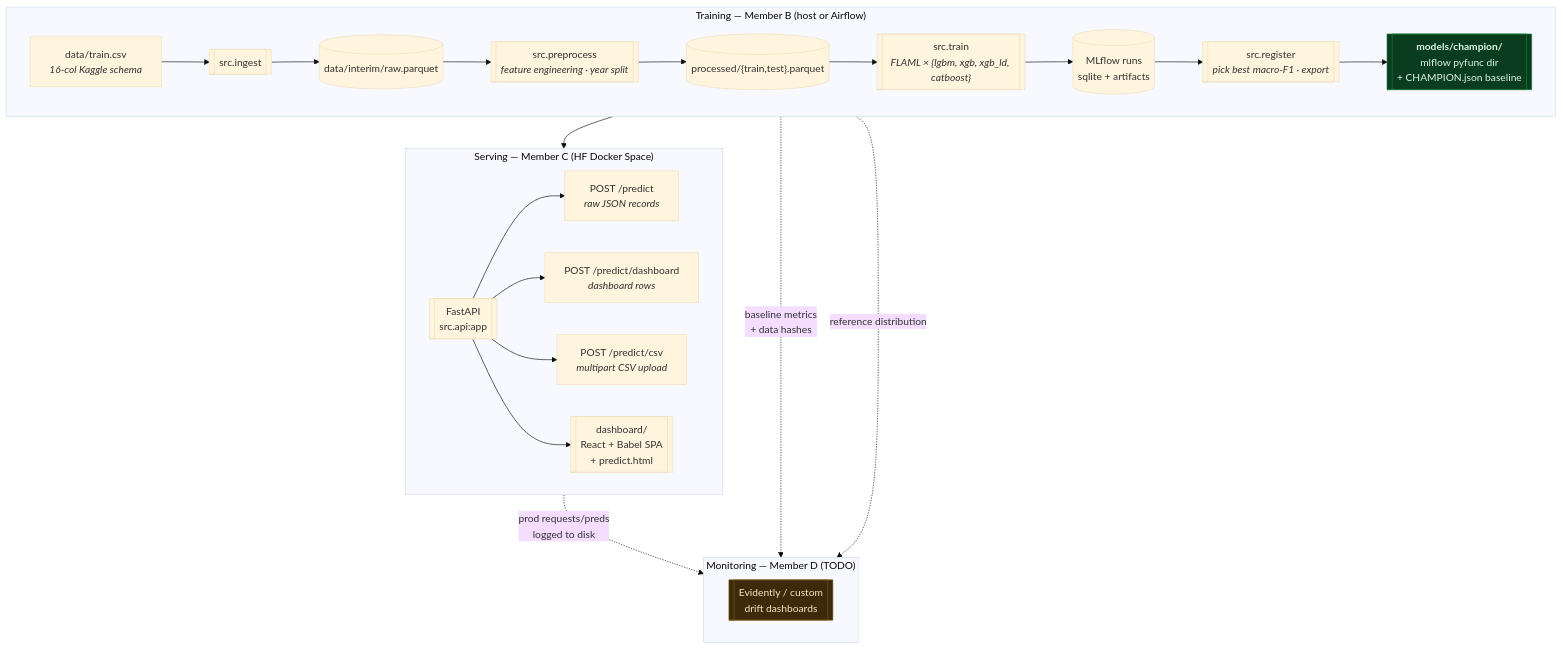
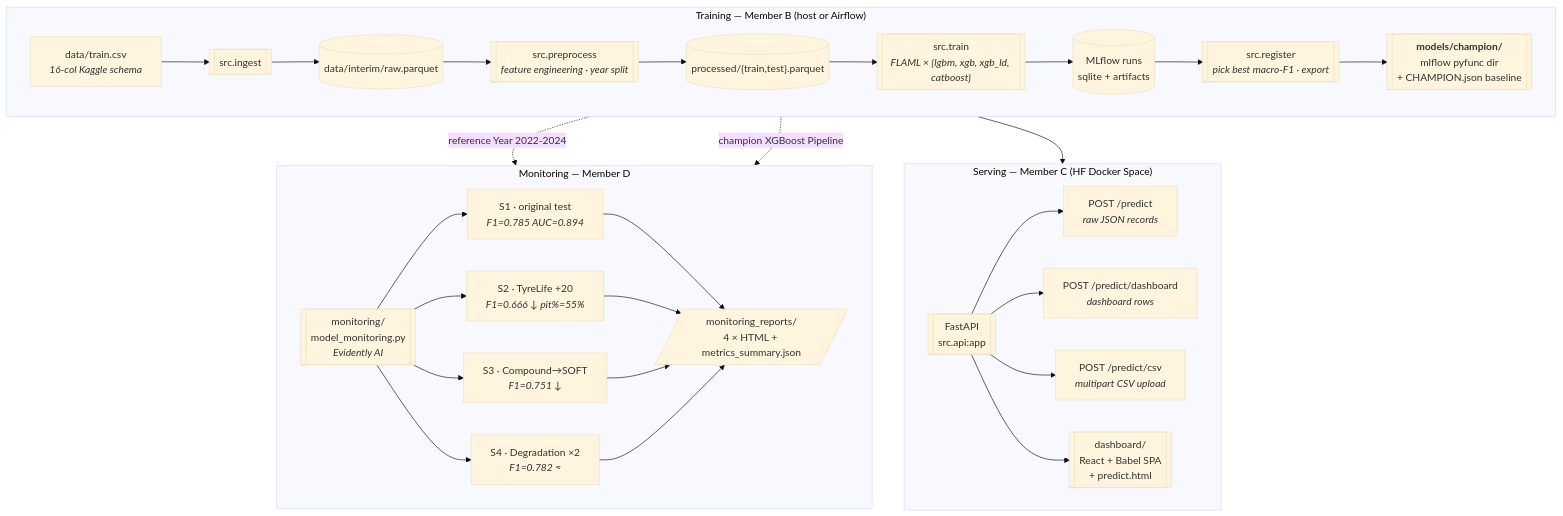
One commit to T0MYYY/f1-pit-stop-prediction-adsp32021 changed the second of 2 diagrams in README.md. Above: the diagram before and after it, drawn with Mermaid (base theme). The commit also changed other lines of this file, not shown here.

First line of the commit message:
Update README with monitoring information and status

````diff
--- a/README.md
+++ b/README.md
@@ -77,35 +77,36 @@
 ```mermaid
 flowchart TB
     subgraph TRAIN ["Training — Member B (host or Airflow)"]
         direction LR
         raw["data/train.csv<br/><i>16-col Kaggle schema</i>"] --> ingest[["src.ingest"]]
         ingest --> parq[("data/interim/raw.parquet")]
         parq --> prep[["src.preprocess<br/><i>feature engineering · year split</i>"]]
         prep --> trainparq[("processed/{train,test}.parquet")]
         trainparq --> trn[["src.train<br/><i>FLAML × {lgbm, xgb, xgb_ld, catboost}</i>"]]
         trn --> mlflow[("MLflow runs<br/>sqlite + artifacts")]
         mlflow --> reg[["src.register<br/><i>pick best macro-F1 · export</i>"]]
         reg --> champ[["<b>models/champion/</b><br/>mlflow pyfunc dir<br/>+ CHAMPION.json baseline"]]
     end
 
     subgraph SERVE ["Serving — Member C (HF Docker Space)"]
         direction LR
         champ --> api[["FastAPI<br/>src.api:app"]]
         api --> ep1["POST /predict<br/><i>raw JSON records</i>"]
         api --> ep2["POST /predict/dashboard<br/><i>dashboard rows</i>"]
         api --> ep3["POST /predict/csv<br/><i>multipart CSV upload</i>"]
         api --> ui[["dashboard/<br/>React + Babel SPA<br/>+ predict.html"]]
     end
 
-    subgraph MONITOR ["Monitoring — Member D (TODO)"]
+    subgraph MONITOR ["Monitoring — Member D"]
         direction LR
-        champ -.->|baseline metrics<br/>+ data hashes| drift[["Evidently / custom<br/>drift dashboards"]]
-        ep1 -.->|prod requests/preds<br/>logged to disk| drift
-        trainparq -.->|reference distribution| drift
+        trainparq -.->|"reference Year 2022-2024"| mon[["monitoring/<br/>model_monitoring.py<br/><i>Evidently AI</i>"]]
+        champ -.->|"champion XGBoost Pipeline"| mon
+        mon --> s1["S1 · original test<br/><i>F1=0.785  AUC=0.894</i>"]
+        mon --> s2["S2 · TyreLife +20<br/><i>F1=0.666 ↓  pit%=55%</i>"]
+        mon --> s3["S3 · Compound→SOFT<br/><i>F1=0.751 ↓</i>"]
+        mon --> s4["S4 · Degradation ×2<br/><i>F1=0.782 ≈</i>"]
+        s1 & s2 & s3 & s4 --> rep[/"monitoring_reports/<br/>4 × HTML + metrics_summary.json"/]
     end
 
     classDef done fill:#0a3d1f,stroke:#1f7a3d,color:#dff5e7;
-    classDef todo fill:#3d2a0a,stroke:#7a5b1f,color:#f5e7c7;
-    class champ done
-    class drift todo
 ```
````
